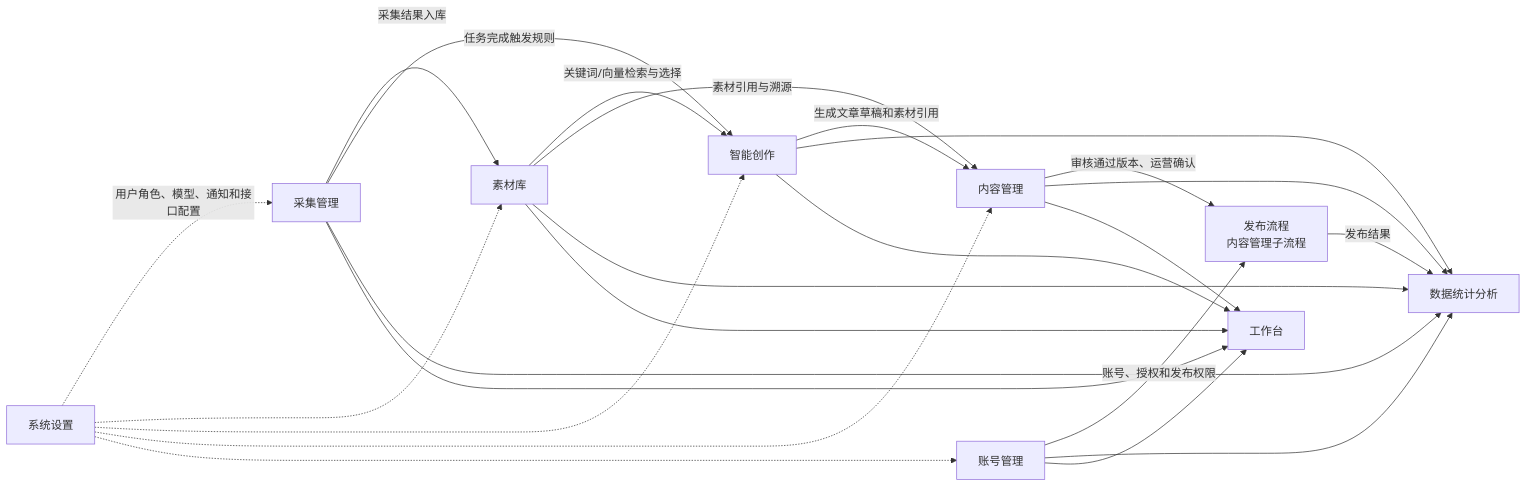
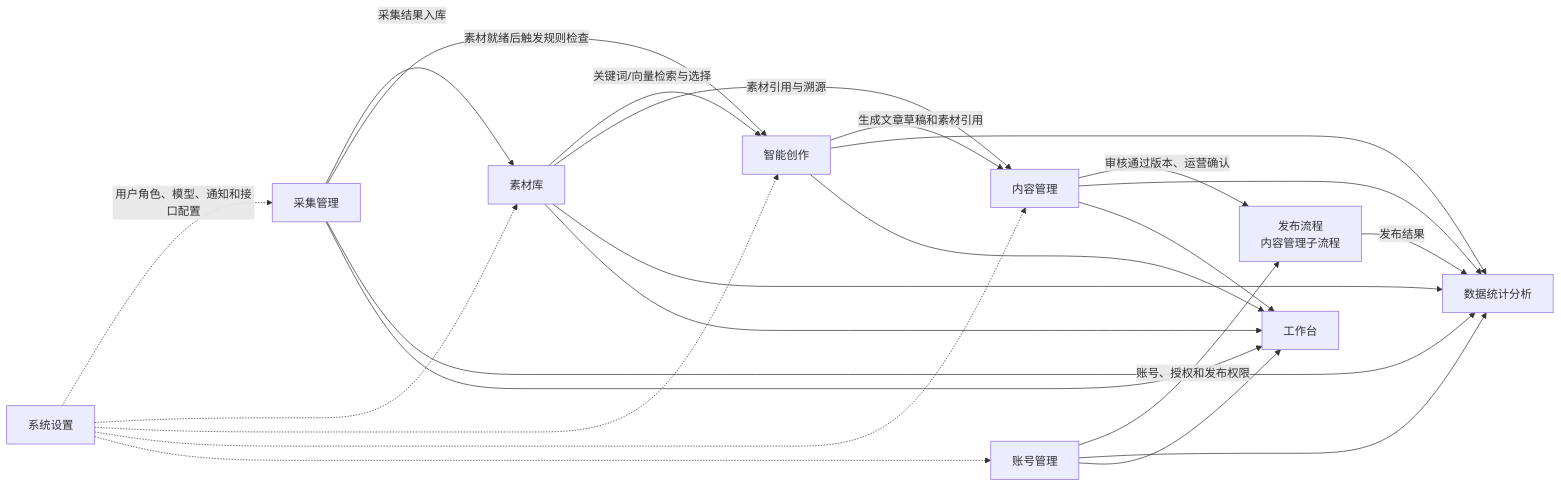
One commit to ailinya/wechat changed the diagram in doc/architecture/frontend-design.md. Above: the diagram before and after it, drawn with Mermaid. The commit also changed other lines of this file and 137 other files, not shown here.

````diff
--- a/doc/architecture/frontend-design.md
+++ b/doc/architecture/frontend-design.md
@@ -11,26 +11,26 @@
 ```mermaid
 flowchart LR
     C[采集管理] -->|采集结果入库| M[素材库]
-    C -->|任务完成触发规则| AI[智能创作]
+    C -->|素材就绪后触发规则检查| AI[智能创作]
     M -->|关键词/向量检索与选择| AI
     M -->|素材引用与溯源| CM[内容管理]
     AI -->|生成文章草稿和素材引用| CM
     CM -->|审核通过版本、运营确认| P[发布流程\n内容管理子流程]
     AC[账号管理] -->|账号、授权和发布权限| P
     P -->|发布结果| AN[数据统计分析]
     C --> AN
     M --> AN
     AI --> AN
     CM --> AN
     AC --> AN
     C --> WB[工作台]
     M --> WB
     AI --> WB
     CM --> WB
     AC --> WB
     S[系统设置] -. 用户角色、模型、通知和接口配置 .-> C
     S -.-> M
     S -.-> AI
     S -.-> CM
     S -.-> AC
 ```
````
